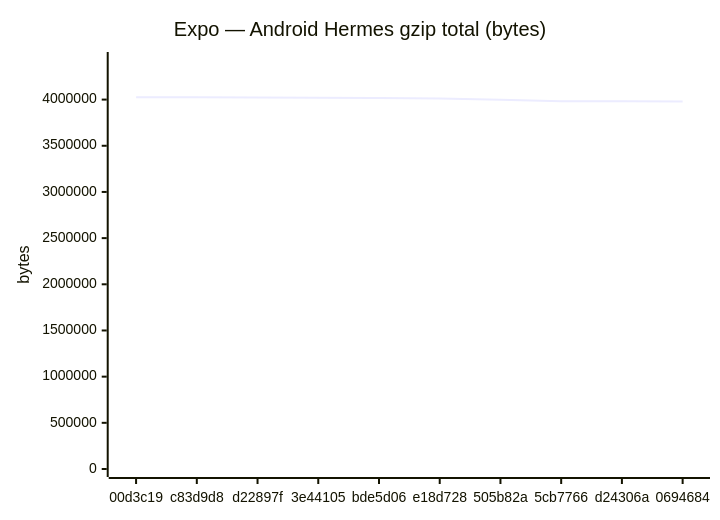
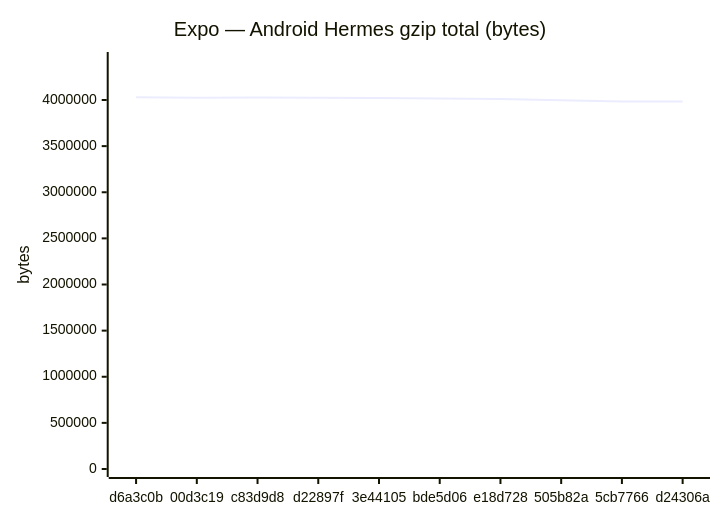
One commit to Metaheurist/Rianell changed the fifth of 18 diagrams in benchmarks/compare.md. Above: the diagram before and after it, drawn with Mermaid. The commit also changed other lines of this file and 11 other files, not shown here.

````diff
--- a/benchmarks/compare.md
+++ b/benchmarks/compare.md
@@ -89,7 +89,7 @@
 ```mermaid
 xychart-beta
     title "Expo — Android Hermes gzip total (bytes)"
-    x-axis ["00d3c19", "c83d9d8", "d22897f", "3e44105", "bde5d06", "e18d728", "505b82a", "5cb7766", "d24306a", "0694684"]
-    y-axis "bytes" 0 --> 4428693
-    line [4025609, 4026084, 4023969, 4020690, 4016661, 4010565, 3997221, 3982594, 3982590, 3979178]
+    x-axis ["d6a3c0b", "00d3c19", "c83d9d8", "d22897f", "3e44105", "bde5d06", "e18d728", "505b82a", "5cb7766", "d24306a"]
+    y-axis "bytes" 0 --> 4433703
+    line [4030639, 4025609, 4026084, 4023969, 4020690, 4016661, 4010565, 3997221, 3982594, 3982590]
 ```
````
